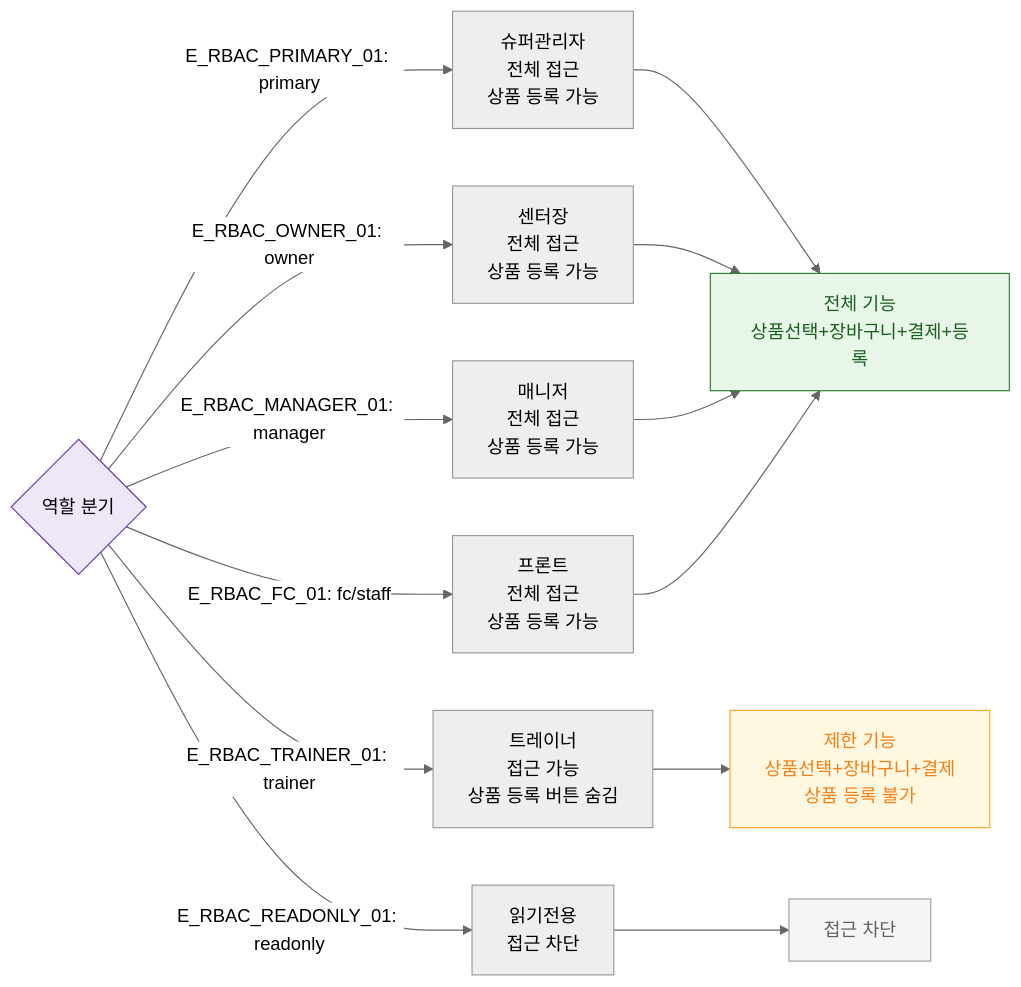
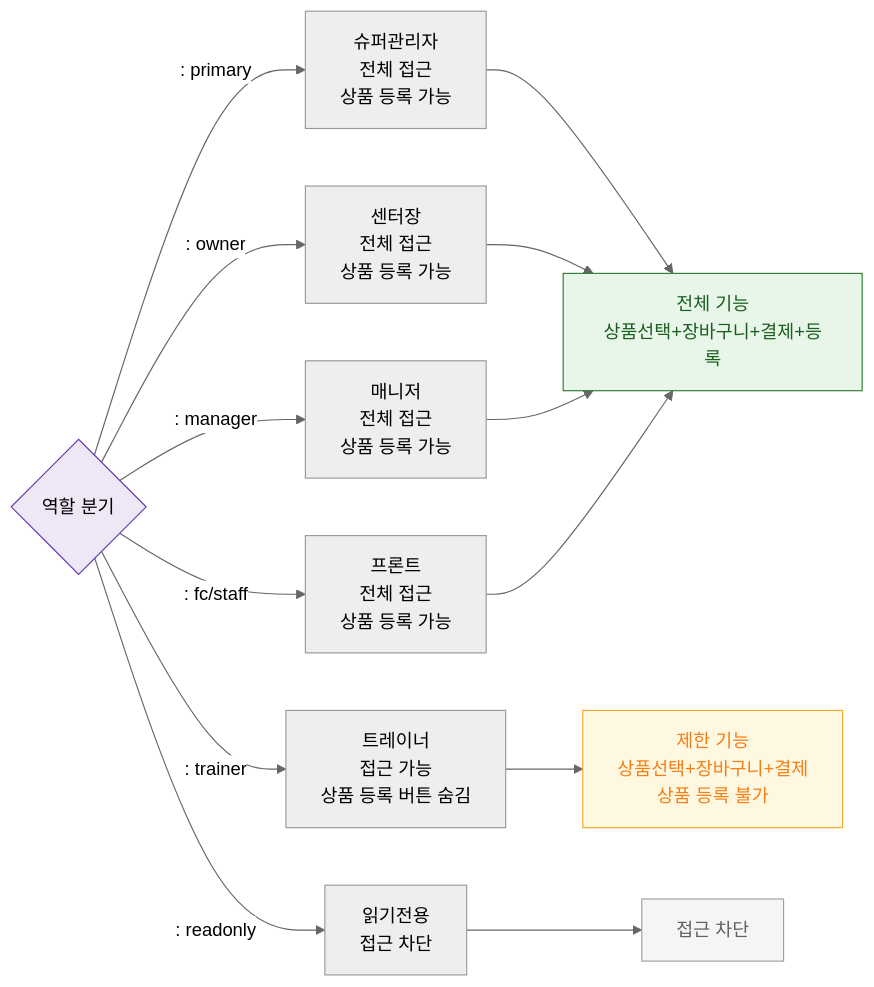
Before and after one commit to dev-spogym/admin-pando: the diagram in docs/다이어그램/D03_매출관리/SCR-S002_POS판매/F7_권한.md, drawn with Mermaid (neutral theme). The commit also changed other lines of this file and 1660 other files, not shown here.

First line of the commit message:
다이어그램: 기획자/클라이언트 납품본으로 정리

````diff
--- a/docs/다이어그램/D03_매출관리/SCR-S002_POS판매/F7_권한.md
+++ b/docs/다이어그램/D03_매출관리/SCR-S002_POS판매/F7_권한.md
@@ -20,29 +18,29 @@
 ```mermaid
 flowchart LR
     AUTH{역할 분기}
 
-    AUTH -->|"E_RBAC_PRIMARY_01: primary"| P[슈퍼관리자\n전체 접근\n상품 등록 가능]
-    AUTH -->|"E_RBAC_OWNER_01: owner"| O[센터장\n전체 접근\n상품 등록 가능]
-    AUTH -->|"E_RBAC_MANAGER_01: manager"| M[매니저\n전체 접근\n상품 등록 가능]
-    AUTH -->|"E_RBAC_FC_01: fc/staff"| FC[프론트\n전체 접근\n상품 등록 가능]
-    AUTH -->|"E_RBAC_TRAINER_01: trainer"| TR[트레이너\n접근 가능\n상품 등록 버튼 숨김]
-    AUTH -->|"E_RBAC_READONLY_01: readonly"| RO[읽기전용\n접근 차단]
+    AUTH -->|": primary"|P[슈퍼관리자\n전체 접근\n상품 등록 가능]
+    AUTH -->|": owner"|O[센터장\n전체 접근\n상품 등록 가능]
+    AUTH -->|": manager"|M[매니저\n전체 접근\n상품 등록 가능]
+    AUTH -->|": fc/staff"|FC[프론트\n전체 접근\n상품 등록 가능]
+    AUTH -->|": trainer"|TR[트레이너\n접근 가능\n상품 등록 버튼 숨김]
+    AUTH -->|": readonly"|RO[읽기전용\n접근 차단]
 
     P --> FULL_ACCESS[전체 기능\n상품선택+장바구니+결제+등록]
     O --> FULL_ACCESS
     M --> FULL_ACCESS
     FC --> FULL_ACCESS
     TR --> LIMITED[제한 기능\n상품선택+장바구니+결제\n상품 등록 불가]
     RO --> BLOCKED[접근 차단]
 
     classDef screen fill:#E3F2FD,stroke:#1976D2,color:#0D47A1
     classDef system fill:#EDE7F6,stroke:#5E35B2
     classDef success fill:#E8F5E9,stroke:#2E7D32,color:#1B5E20
     classDef warning fill:#FFF8E1,stroke:#F9A825,color:#F57F17
     classDef rbacBlocked fill:#F5F5F5,stroke:#9E9E9E,color:#616161
 
     class AUTH system
     class FULL_ACCESS success
     class LIMITED warning
     class BLOCKED rbacBlocked
 ```
````
